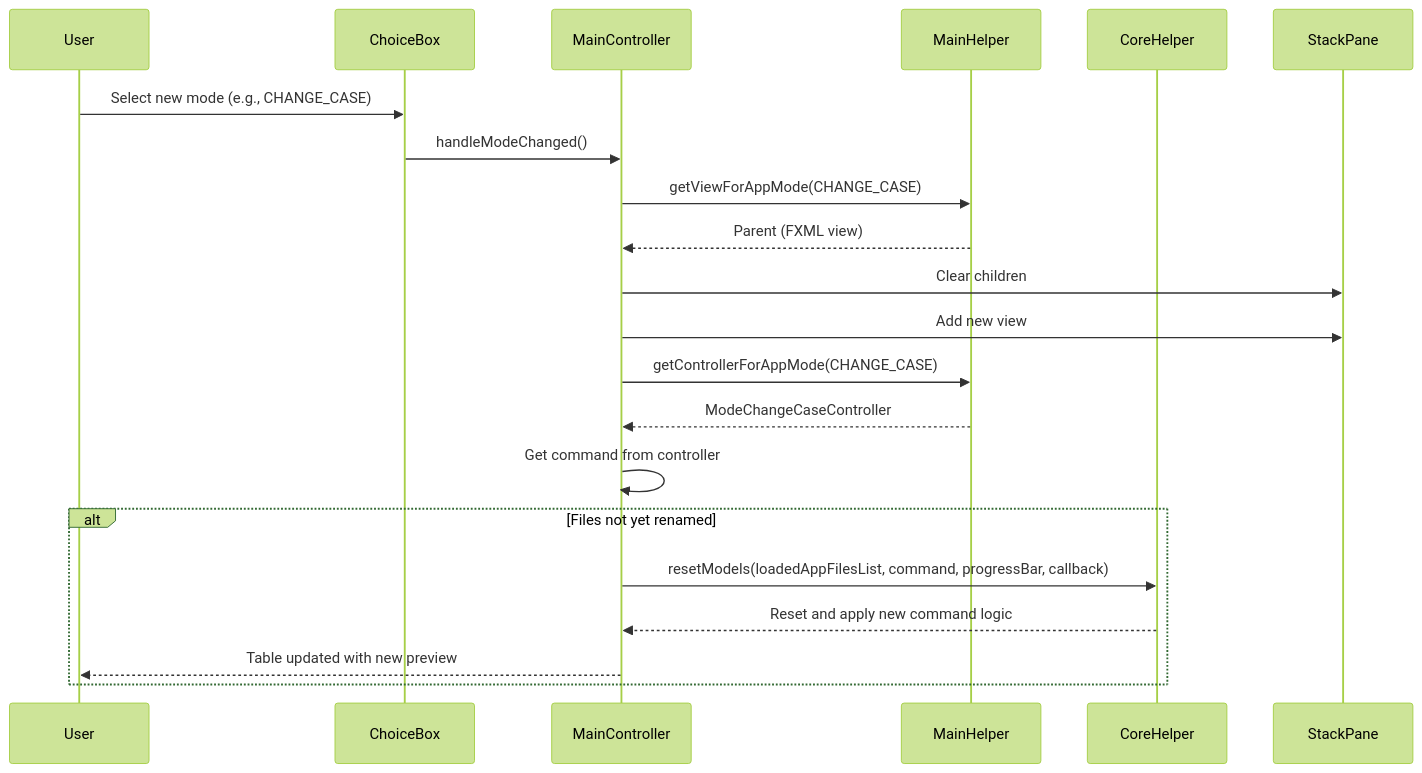
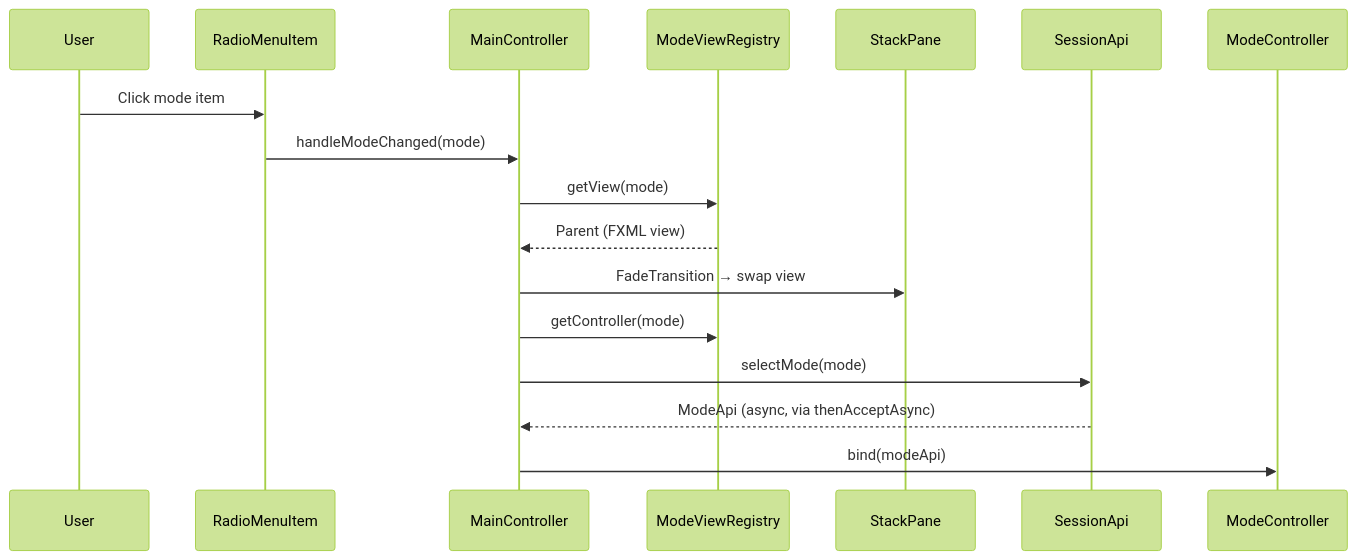
One commit to sanyokkua/renamer_app changed diagram 13 of 15 in docs/ARCHITECTURE.md. Above: the diagram before and after it, drawn with Mermaid (forest theme). The commit also changed other lines of this file and 29 other files, not shown here.

````diff
--- a/docs/ARCHITECTURE.md
+++ b/docs/ARCHITECTURE.md
@@ -658,26 +613,17 @@
 ```mermaid
 sequenceDiagram
     participant User
-    participant ChoiceBox
+    participant RadioMenuItem
     participant MainController
-    participant MainHelper
-    participant CoreHelper
+    participant ModeViewRegistry
     participant StackPane
-
-    User->>ChoiceBox: Select new mode (e.g., CHANGE_CASE)
-    ChoiceBox->>MainController: handleModeChanged()
-    MainController->>MainHelper: getViewForAppMode(CHANGE_CASE)
-    MainHelper-->>MainController: Parent (FXML view)
-    MainController->>StackPane: Clear children
-    MainController->>StackPane: Add new view
-
-    MainController->>MainHelper: getControllerForAppMode(CHANGE_CASE)
-    MainHelper-->>MainController: ModeChangeCaseController
-    MainController->>MainController: Get command from controller
-
-    alt Files not yet renamed
-        MainController->>CoreHelper: resetModels(loadedAppFilesList, command, progressBar, callback)
-        CoreHelper-->>MainController: Reset and apply new command logic
-        MainController-->>User: Table updated with new preview
-    end
+    User ->> RadioMenuItem: Click mode item
+    RadioMenuItem ->> MainController: handleModeChanged(mode)
+    MainController ->> ModeViewRegistry: getView(mode)
+    ModeViewRegistry -->> MainController: Parent (FXML view)
+    MainController ->> StackPane: FadeTransition → swap view
+    MainController ->> ModeViewRegistry: getController(mode)
+    MainController ->> SessionApi: selectMode(mode)
+    SessionApi -->> MainController: ModeApi (async, via thenAcceptAsync)
+    MainController ->> ModeController: bind(modeApi)
 ```
````
